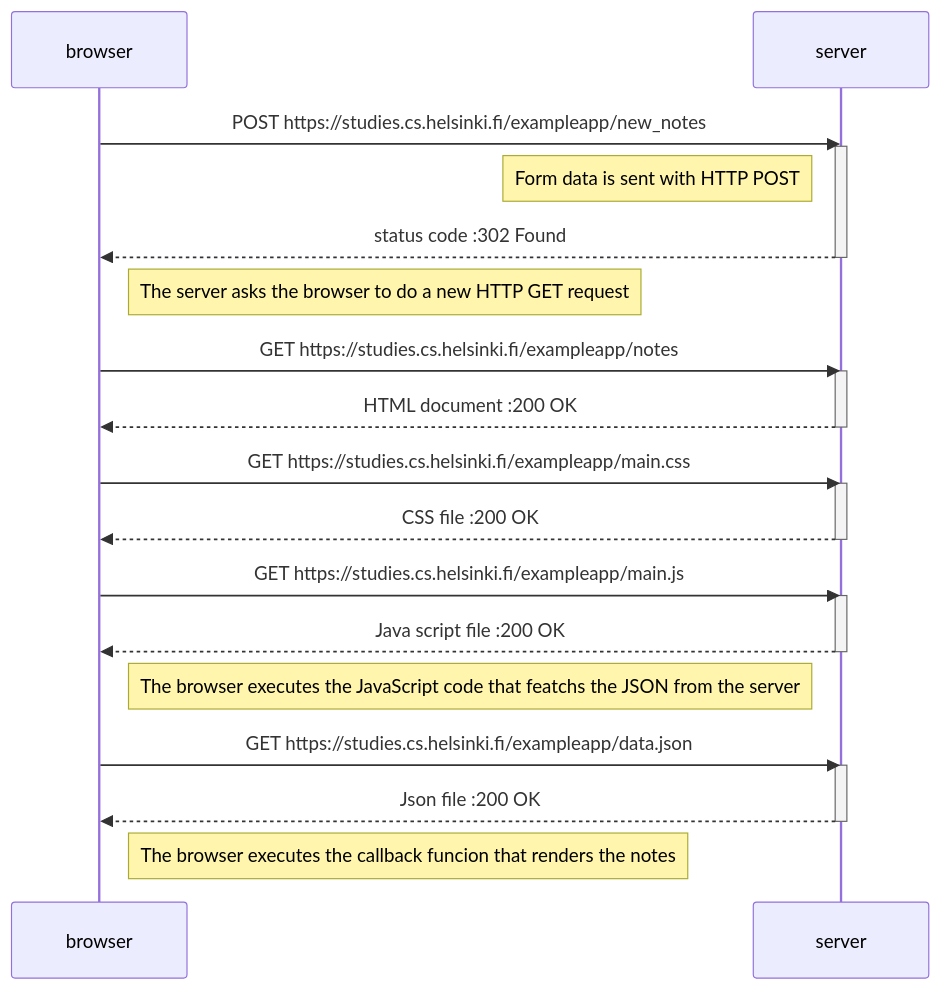
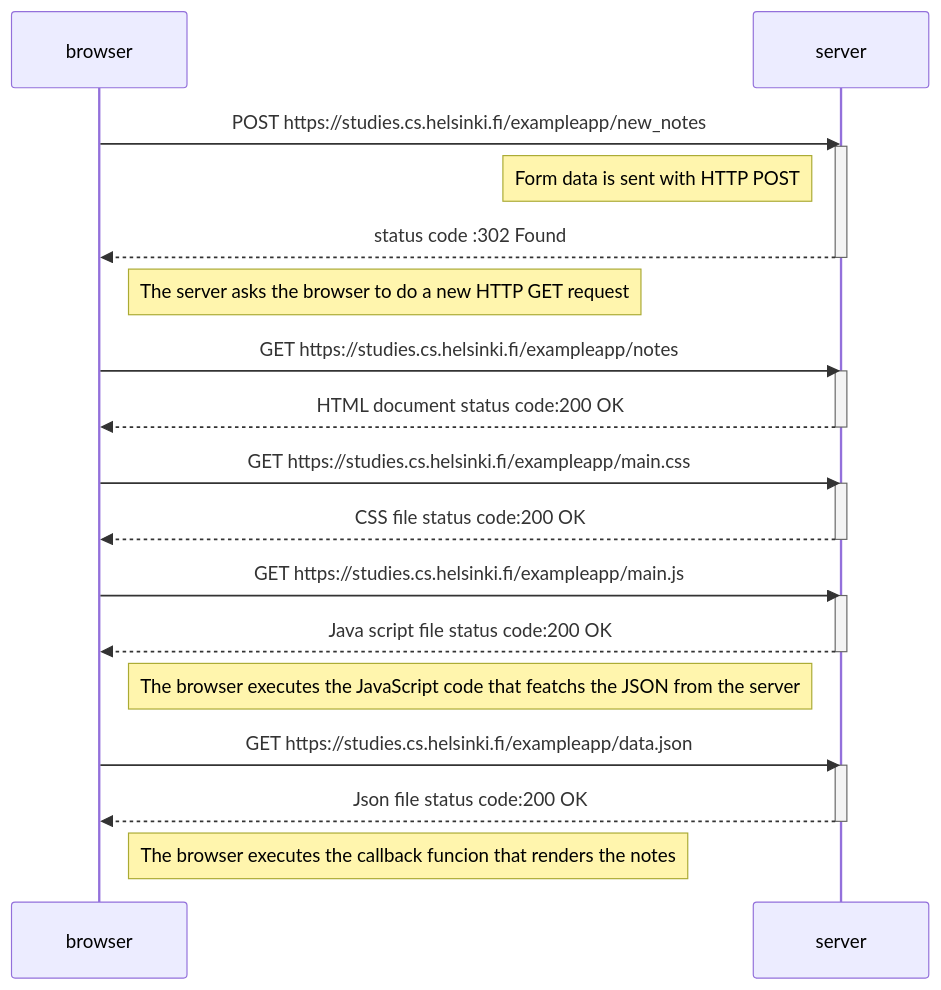
The diagram in 0.4.md (andersonkwok/git001), drawn with Mermaid before and after one commit.

````diff
--- a/0.4.md
+++ b/0.4.md
@@ -2,33 +2,33 @@
 ```mermaid
 sequenceDiagram
     participant browser
     participant server
 
     browser->>server: POST https://studies.cs.helsinki.fi/exampleapp/new_notes
     activate server
     Note left of server: Form data is sent with HTTP POST
     server-->>browser: status code :302 Found
     deactivate server
 
 Note right of browser:The server asks the browser to do a new HTTP GET request
     browser->>server: GET https://studies.cs.helsinki.fi/exampleapp/notes
     activate server
-    server-->>browser: HTML document  :200 OK
+    server-->>browser: HTML document  status code:200 OK
     deactivate server
 
     browser->>server: GET https://studies.cs.helsinki.fi/exampleapp/main.css
     activate server
-    server-->>browser: CSS file  :200 OK
+    server-->>browser: CSS file  status code:200 OK
     deactivate server
 
     browser->>server: GET https://studies.cs.helsinki.fi/exampleapp/main.js
     activate server
-    server-->>browser: Java script file  :200 OK
+    server-->>browser: Java script file  status code:200 OK
     deactivate server
     Note right of browser :The browser executes the JavaScript code that featchs the JSON from the server
     browser->>server: GET https://studies.cs.helsinki.fi/exampleapp/data.json
     activate server
-    server-->>browser: Json file  :200 OK
+    server-->>browser: Json file  status code:200 OK
     deactivate server
     Note right of browser :The browser executes the callback funcion that renders the notes
 ```
````
